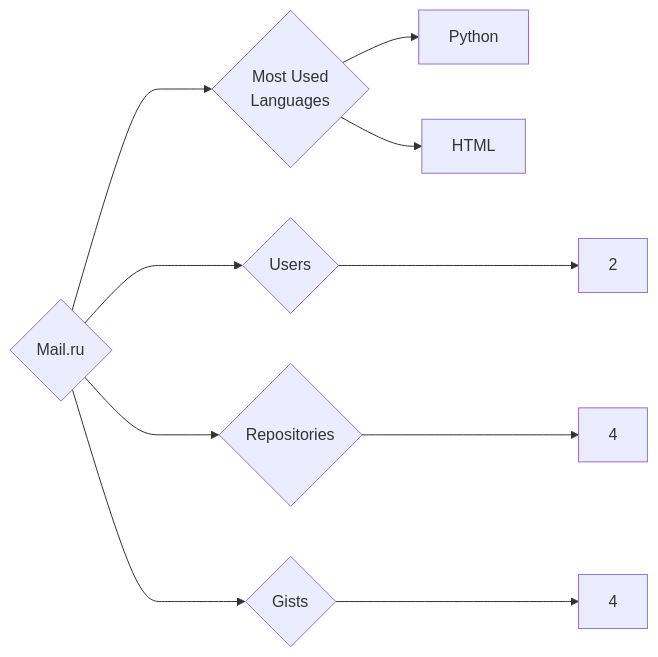
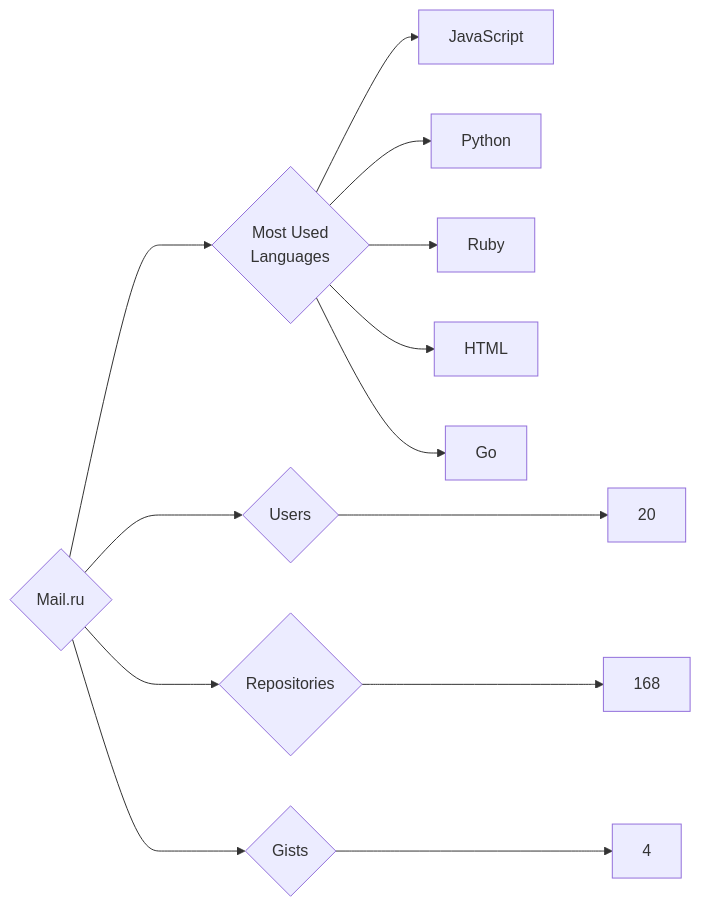
The diagram in targets/Mail.ru/README.md (trickest/insiders), drawn with Mermaid before and after one commit. The commit also changed 873 other files, not shown here.

````diff
--- a/targets/Mail.ru/README.md
+++ b/targets/Mail.ru/README.md
@@ -3,10 +3,13 @@
 ```mermaid
 graph LR
 COMPANY_NAME{Mail.ru}
-COMPANY_NAME ---> U{Users} ---> UN[2]
-COMPANY_NAME ---> R{Repositories} ---> RN[4]
+COMPANY_NAME ---> U{Users} ---> UN[20]
+COMPANY_NAME ---> R{Repositories} ---> RN[168]
 COMPANY_NAME ---> G{Gists} ---> GN[4]
 COMPANY_NAME ---> ML{Most Used<br>Languages}
+ML --> JavaScript[JavaScript]
 ML --> Python[Python]
+ML --> Ruby[Ruby]
 ML --> HTML[HTML]
+ML --> Go[Go]
 ```
````
